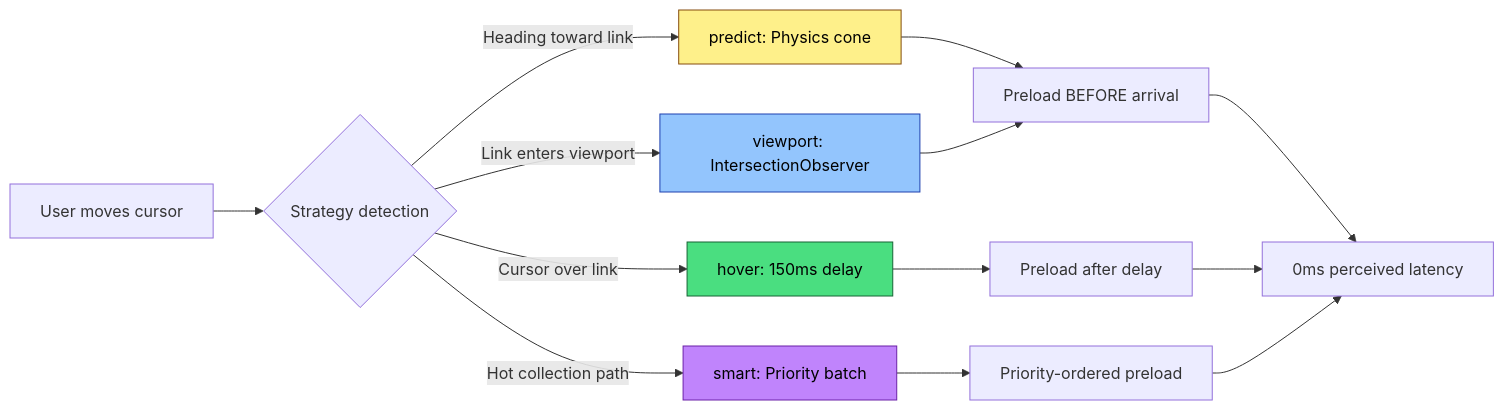
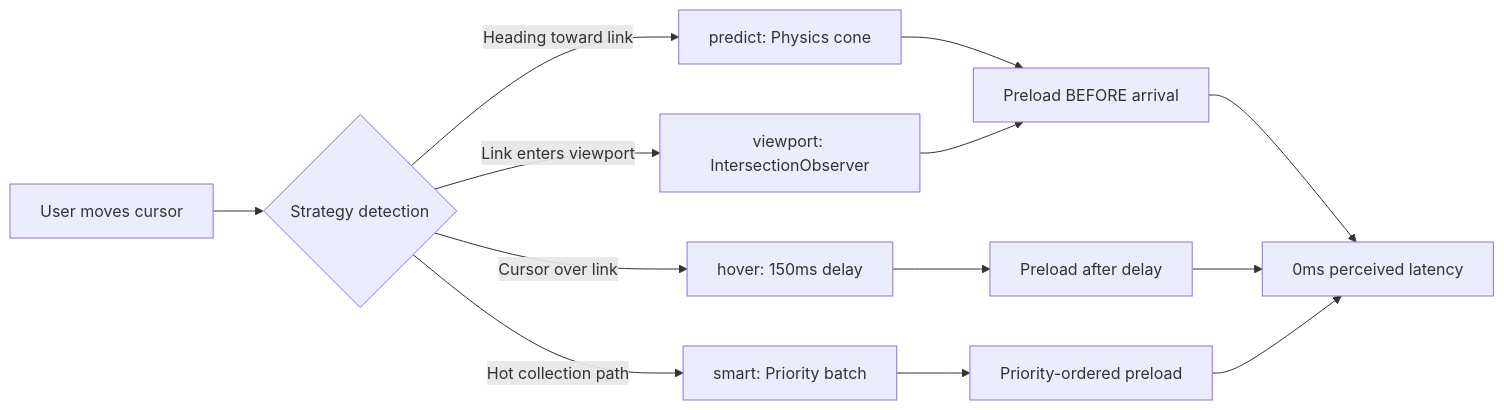
One commit to SveltyCMS/SveltyCMS changed the first of 3 diagrams in docs/architecture/hover-preloading.mdx. Above: the diagram before and after it, drawn with Mermaid. The commit also changed other lines of this file and 148 other files, not shown here.

````diff
--- a/docs/architecture/hover-preloading.mdx
+++ b/docs/architecture/hover-preloading.mdx
@@ -26,22 +26,19 @@
 ```mermaid
 flowchart LR
     A["User moves cursor"] --> B{"Strategy detection"}
     B -->|"Heading toward link"| C["predict: Physics cone"]
     B -->|"Link enters viewport"| D["viewport: IntersectionObserver"]
     B -->|"Cursor over link"| E["hover: 150ms delay"]
     B -->|"Hot collection path"| F["smart: Priority batch"]
 
     C --> G["Preload BEFORE arrival"]
     D --> G
     E --> H["Preload after delay"]
     F --> I["Priority-ordered preload"]
 
     G --> J["0ms perceived latency"]
     H --> J
     I --> J
 
-    style C fill:#fef08a,stroke:#854d0e,color:#000
-    style D fill:#93c5fd,stroke:#1e40af,color:#000
-    style E fill:#4ade80,stroke:#166534,color:#000
-    style F fill:#c084fc,stroke:#6b21a8,color:#000
+
 ```
````
